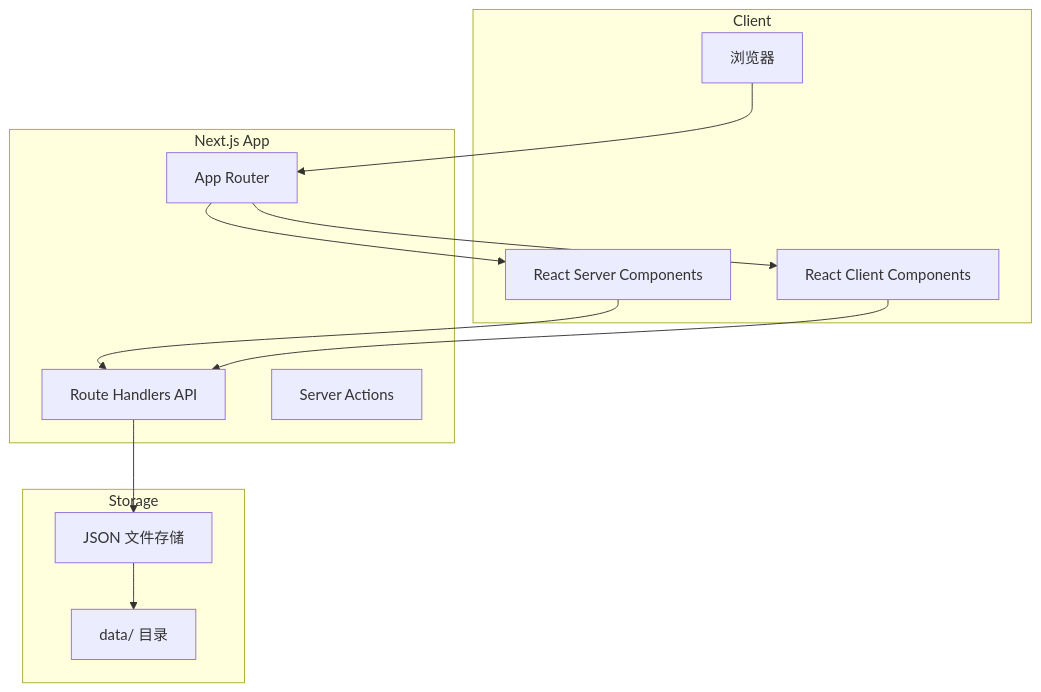
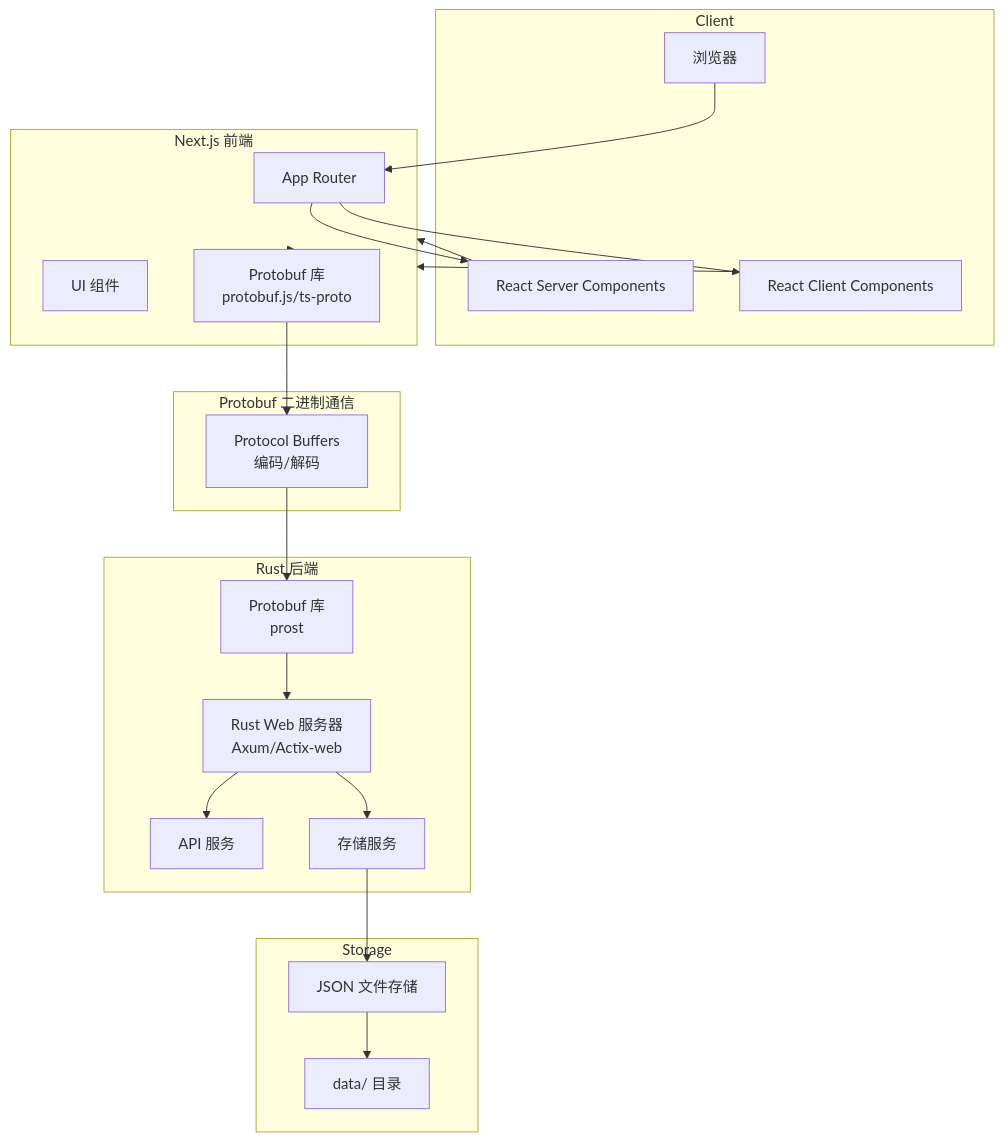
The first of 2 diagrams in docs/development.md (FactrueSolin/personal-constitution-web), drawn with Mermaid before and after one commit. The commit also changed other lines of this file and 4 other files, not shown here.

````diff
--- a/docs/development.md
+++ b/docs/development.md
@@ -16,27 +16,44 @@
 ```mermaid
 graph TB
     subgraph Client
         Browser[浏览器]
         RSC[React Server Components]
         RCC[React Client Components]
     end
     
-    subgraph NextJS[Next.js App]
+    subgraph Frontend[Next.js 前端]
         AppRouter[App Router]
-        RouteHandlers[Route Handlers API]
-        ServerActions[Server Actions]
+        UIComponents[UI 组件]
+        FrontendProto[Protobuf 库<br/>protobuf.js/ts-proto]
+    end
+    
+    subgraph Communication[Protobuf 二进制通信]
+        ProtoCodec[Protocol Buffers<br/>编码/解码]
+    end
+    
+    subgraph Backend[Rust 后端]
+        WebServer[Rust Web 服务器<br/>Axum/Actix-web]
+        BackendProto[Protobuf 库<br/>prost]
+        APIService[API 服务]
+        StorageService[存储服务]
     end
     
     subgraph Storage
         DataDir[data/ 目录]
         JSONFiles[JSON 文件存储]
     end
     
     Browser --> AppRouter
     AppRouter --> RSC
     AppRouter --> RCC
-    RSC --> RouteHandlers
-    RCC --> RouteHandlers
-    RouteHandlers --> JSONFiles
+    RSC --> Frontend
+    RCC --> Frontend
+    Frontend --> FrontendProto
+    FrontendProto --> ProtoCodec
+    ProtoCodec --> BackendProto
+    BackendProto --> WebServer
+    WebServer --> APIService
+    WebServer --> StorageService
+    StorageService --> JSONFiles
     JSONFiles --> DataDir
 ```
````
